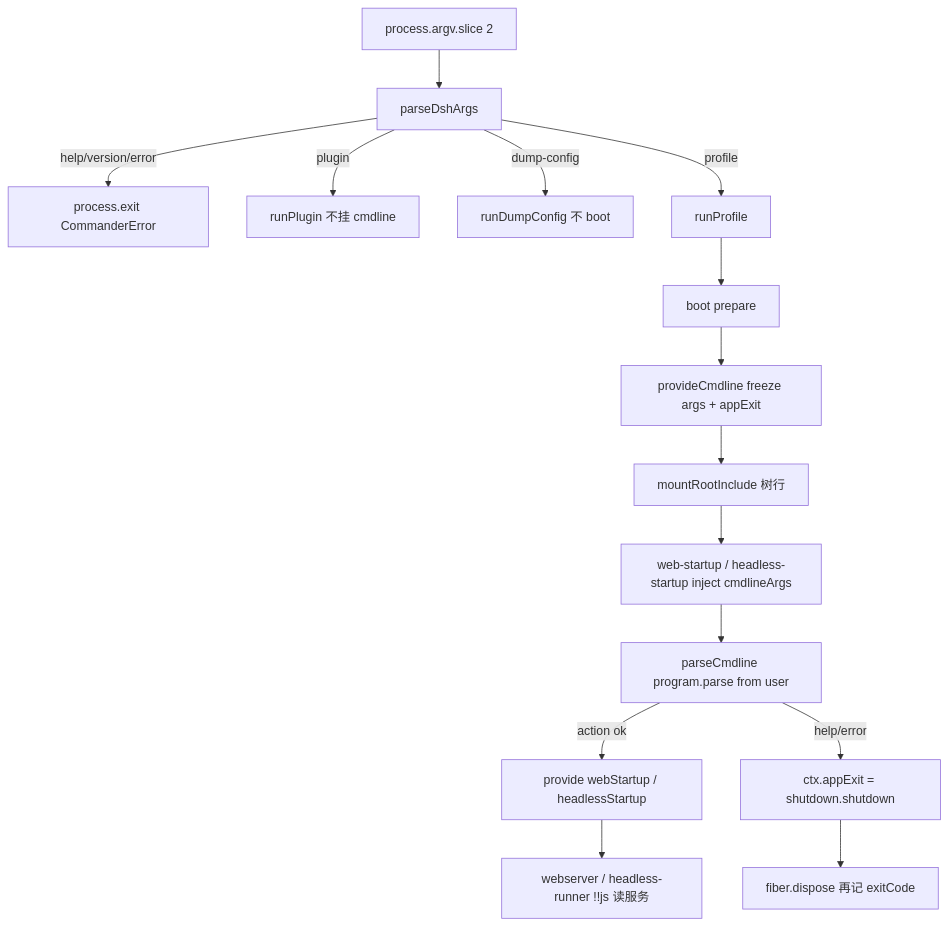
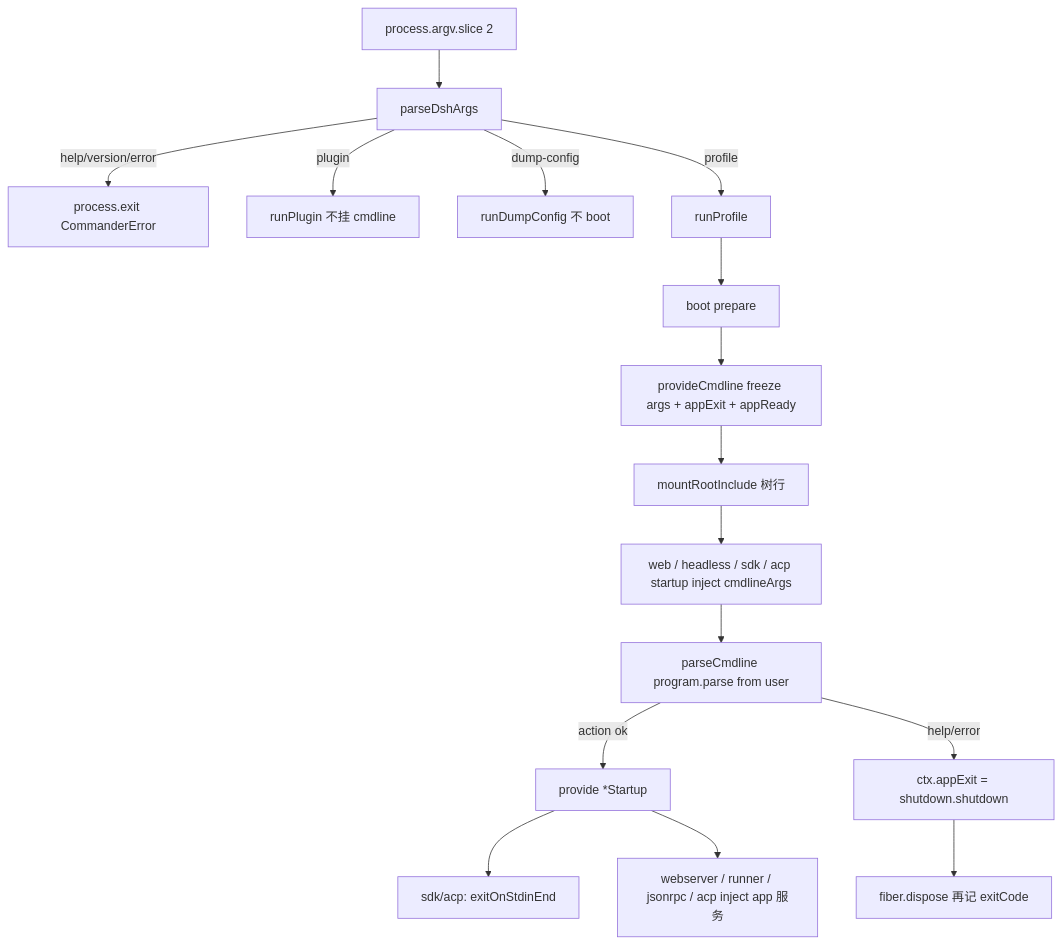
One commit to wdnmdtonyma/SOTA-Agent-LLM-Wiki changed the diagram in docs/llm-wiki/deepseek-harness/subsystems/composition/cmdline.md. Above: the diagram before and after it, drawn with Mermaid. The commit also changed other lines of this file and 217 other files, not shown here.

````diff
--- a/docs/llm-wiki/deepseek-harness/subsystems/composition/cmdline.md
+++ b/docs/llm-wiki/deepseek-harness/subsystems/composition/cmdline.md
@@ -126,17 +137,18 @@
 ```mermaid
 flowchart TD
   Argv["process.argv.slice 2"] --> Parse["parseDshArgs"]
   Parse -->|help/version/error| LExit["process.exit CommanderError"]
   Parse -->|plugin| Pnpm["runPlugin 不挂 cmdline"]
   Parse -->|dump-config| Dump["runDumpConfig 不 boot"]
   Parse -->|profile| Run["runProfile"]
   Run --> Boot["boot prepare"]
-  Boot --> Provide["provideCmdline freeze args + appExit"]
+  Boot --> Provide["provideCmdline freeze args + appExit + appReady"]
   Provide --> Mount["mountRootInclude 树行"]
-  Mount --> Startup["web-startup / headless-startup inject cmdlineArgs"]
+  Mount --> Startup["web / headless / sdk / acp startup inject cmdlineArgs"]
   Startup --> ParseApp["parseCmdline program.parse from user"]
-  ParseApp -->|action ok| Pub["provide webStartup / headlessStartup"]
+  ParseApp -->|action ok| Pub["provide *Startup"]
   ParseApp -->|help/error| AppExit["ctx.appExit = shutdown.shutdown"]
-  Pub --> Consumer["webserver / headless-runner !!js 读服务"]
+  Pub --> Stdio["sdk/acp: exitOnStdinEnd"]
+  Pub --> Consumer["webserver / runner / jsonrpc / acp inject app 服务"]
   AppExit --> Dispose["fiber.dispose 再记 exitCode"]
 ```
````
